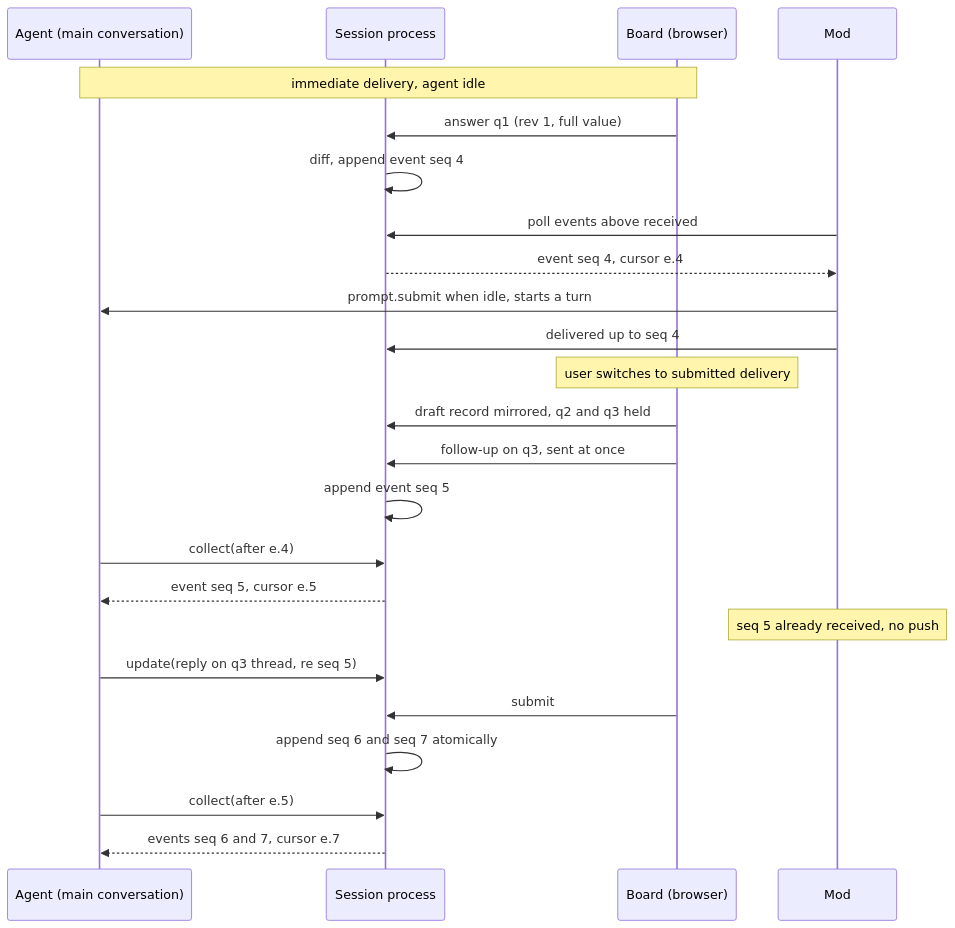
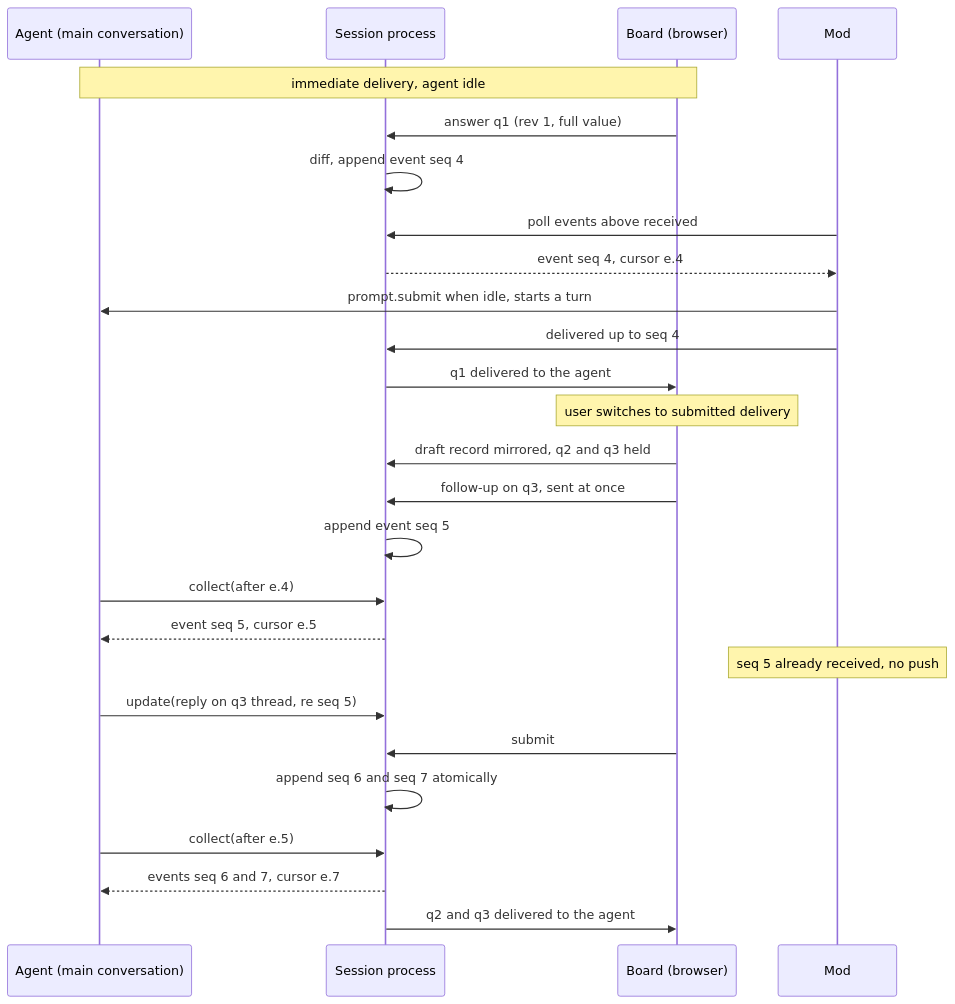
One commit to MrBogomips/askboard changed the second of 4 diagrams in docs/architecture-askboard-2026-10-27/SOLUTION-DESIGN.md. Above: the diagram before and after it, drawn with Mermaid. The commit also changed other lines of this file and 11 other files, not shown here.

First line of the commit message:
docs: apply the architecture and UX change requests to the design documents

````diff
--- a/docs/architecture-askboard-2026-10-27/SOLUTION-DESIGN.md
+++ b/docs/architecture-askboard-2026-10-27/SOLUTION-DESIGN.md
@@ -255,26 +275,28 @@
 ```mermaid
 sequenceDiagram
   participant A as Agent (main conversation)
   participant S as Session process
   participant B as Board (browser)
   participant D as Mod
   Note over A,B: immediate delivery, agent idle
   B->>S: answer q1 (rev 1, full value)
   S->>S: diff, append event seq 4
   D->>S: poll events above received
   S-->>D: event seq 4, cursor e.4
   D->>A: prompt.submit when idle, starts a turn
   D->>S: delivered up to seq 4
+  S->>B: q1 delivered to the agent
   Note over B: user switches to submitted delivery
   B->>S: draft record mirrored, q2 and q3 held
   B->>S: follow-up on q3, sent at once
   S->>S: append event seq 5
   A->>S: collect(after e.4)
   S-->>A: event seq 5, cursor e.5
   Note over D: seq 5 already received, no push
   A->>S: update(reply on q3 thread, re seq 5)
   B->>S: submit
   S->>S: append seq 6 and seq 7 atomically
   A->>S: collect(after e.5)
   S-->>A: events seq 6 and 7, cursor e.7
+  S->>B: q2 and q3 delivered to the agent
 ```
````
